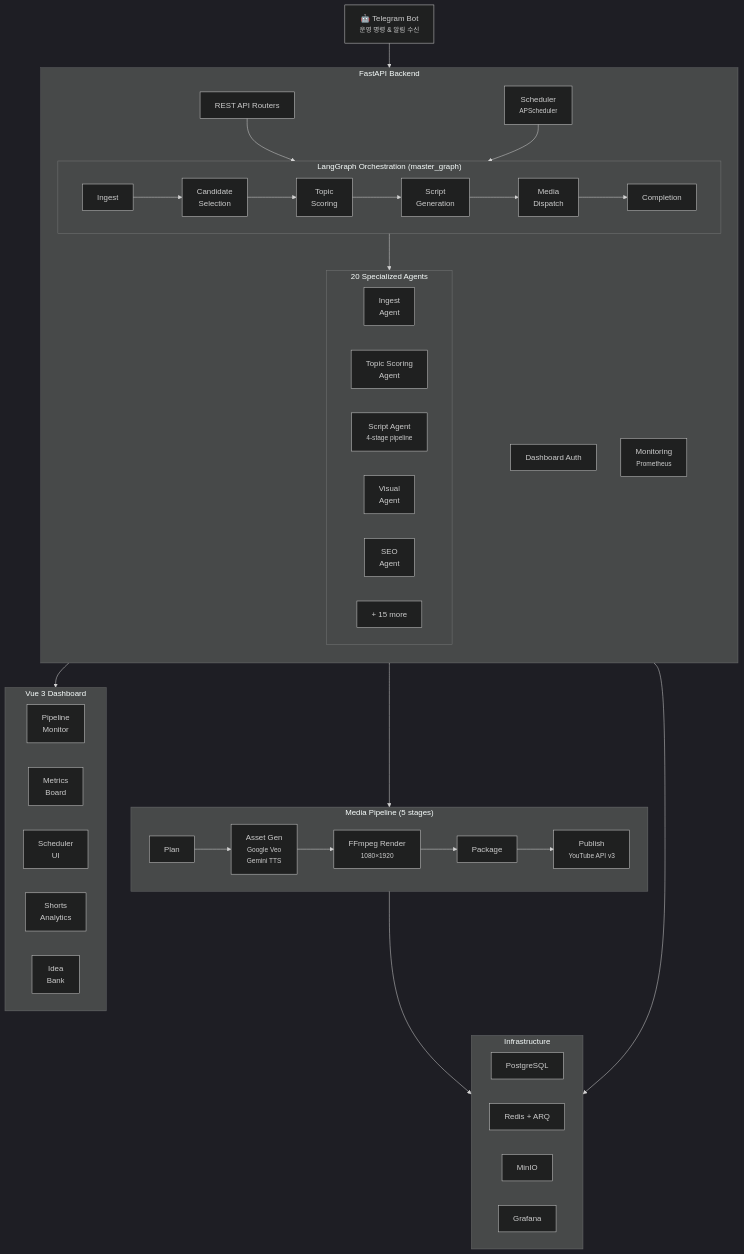
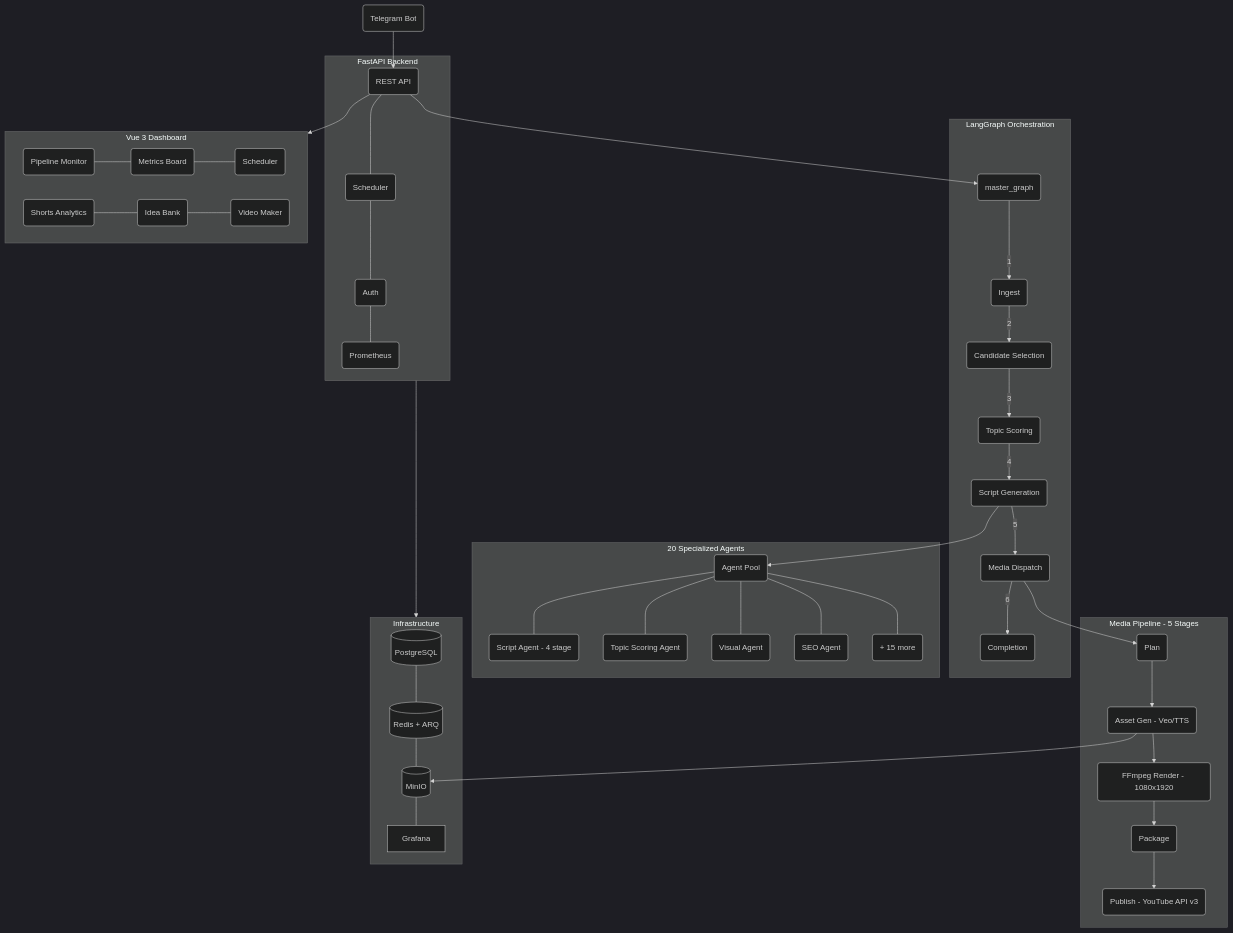
One commit to HoonStyle/OhMoney-portfolio changed the diagram in README.md. Above: the diagram before and after it, drawn with Mermaid (dark theme).

Commit message:
Simplify Mermaid architecture diagram
Remove nested subgraphs and direction mixing that caused
rendering issues on GitHub.

````diff
--- a/README.md
+++ b/README.md
@@ -64,58 +64,50 @@
 ```mermaid
-graph TD
-    TG["🤖 Telegram Bot<br/><small>운영 명령 & 알림 수신</small>"]
+flowchart TB
+    TG(Telegram Bot) --> API
 
-    subgraph Backend["FastAPI Backend"]
-        direction TB
-        API["REST API Routers"]
-        SCHED["Scheduler<br/><small>APScheduler</small>"]
-        AUTH["Dashboard Auth"]
-        MON["Monitoring<br/><small>Prometheus</small>"]
-
-        subgraph Orchestration["LangGraph Orchestration (master_graph)"]
-            direction LR
-            N1["Ingest"] --> N2["Candidate<br/>Selection"] --> N3["Topic<br/>Scoring"] --> N4["Script<br/>Generation"] --> N5["Media<br/>Dispatch"] --> N6["Completion"]
-        end
-
-        subgraph Agents["20 Specialized Agents"]
-            direction LR
-            A1["Ingest<br/>Agent"]
-            A2["Topic Scoring<br/>Agent"]
-            A3["Script Agent<br/><small>4-stage pipeline</small>"]
-            A4["Visual<br/>Agent"]
-            A5["SEO<br/>Agent"]
-            A6["+ 15 more"]
-        end
+    subgraph backend [FastAPI Backend]
+        API(REST API) --- SCHED(Scheduler) --- AUTH(Auth) --- MON(Prometheus)
     end
 
-    subgraph Media["Media Pipeline (5 stages)"]
-        direction LR
-        P1["Plan"] --> P2["Asset Gen<br/><small>Google Veo<br/>Gemini TTS</small>"] --> P3["FFmpeg Render<br/><small>1080×1920</small>"] --> P4["Package"] --> P5["Publish<br/><small>YouTube API v3</small>"]
+    API --> ORCH
+
+    subgraph orch [LangGraph Orchestration]
+        ORCH(master_graph) --> |1| INGEST(Ingest)
+        INGEST --> |2| SELECT(Candidate Selection)
+        SELECT --> |3| SCORE(Topic Scoring)
+        SCORE --> |4| SCRIPT(Script Generation)
+        SCRIPT --> |5| DISPATCH(Media Dispatch)
+        DISPATCH --> |6| DONE(Completion)
     end
 
-    subgraph Dashboard["Vue 3 Dashboard"]
-        direction LR
-        D1["Pipeline<br/>Monitor"]
-        D2["Metrics<br/>Board"]
-        D3["Scheduler<br/>UI"]
-        D4["Shorts<br/>Analytics"]
-        D5["Idea<br/>Bank"]
+    SCRIPT --> AGENTS
+    subgraph agents [20 Specialized Agents]
+        AGENTS(Agent Pool) --- SA(Script Agent - 4 stage)
+        AGENTS --- TA(Topic Scoring Agent)
+        AGENTS --- VA(Visual Agent)
+        AGENTS --- SEO(SEO Agent)
+        AGENTS --- MORE(+ 15 more)
     end
 
-    subgraph Infra["Infrastructure"]
-        direction LR
-        PG["PostgreSQL"]
-        RD["Redis + ARQ"]
-        MI["MinIO"]
-        GF["Grafana"]
+    DISPATCH --> MEDIA
+    subgraph media [Media Pipeline - 5 Stages]
+        MEDIA(Plan) --> ASSET(Asset Gen - Veo/TTS)
+        ASSET --> RENDER(FFmpeg Render - 1080x1920)
+        RENDER --> PKG(Package)
+        PKG --> PUB(Publish - YouTube API v3)
     end
 
-    TG --> Backend
-    API --> Orchestration
-    SCHED --> Orchestration
-    Orchestration --> Agents
-    Orchestration --> Media
-    Backend --> Dashboard
-    Backend --> Infra
-    Media --> MI
+    subgraph infra [Infrastructure]
+        PG[(PostgreSQL)] --- RD[(Redis + ARQ)] --- MI[(MinIO)] --- GF[Grafana]
+    end
+
+    backend --> infra
+    ASSET --> MI
+
+    subgraph dashboard [Vue 3 Dashboard]
+        D1(Pipeline Monitor) --- D2(Metrics Board) --- D3(Scheduler)
+        D4(Shorts Analytics) --- D5(Idea Bank) --- D6(Video Maker)
+    end
+
+    API --> dashboard
 ```
````
